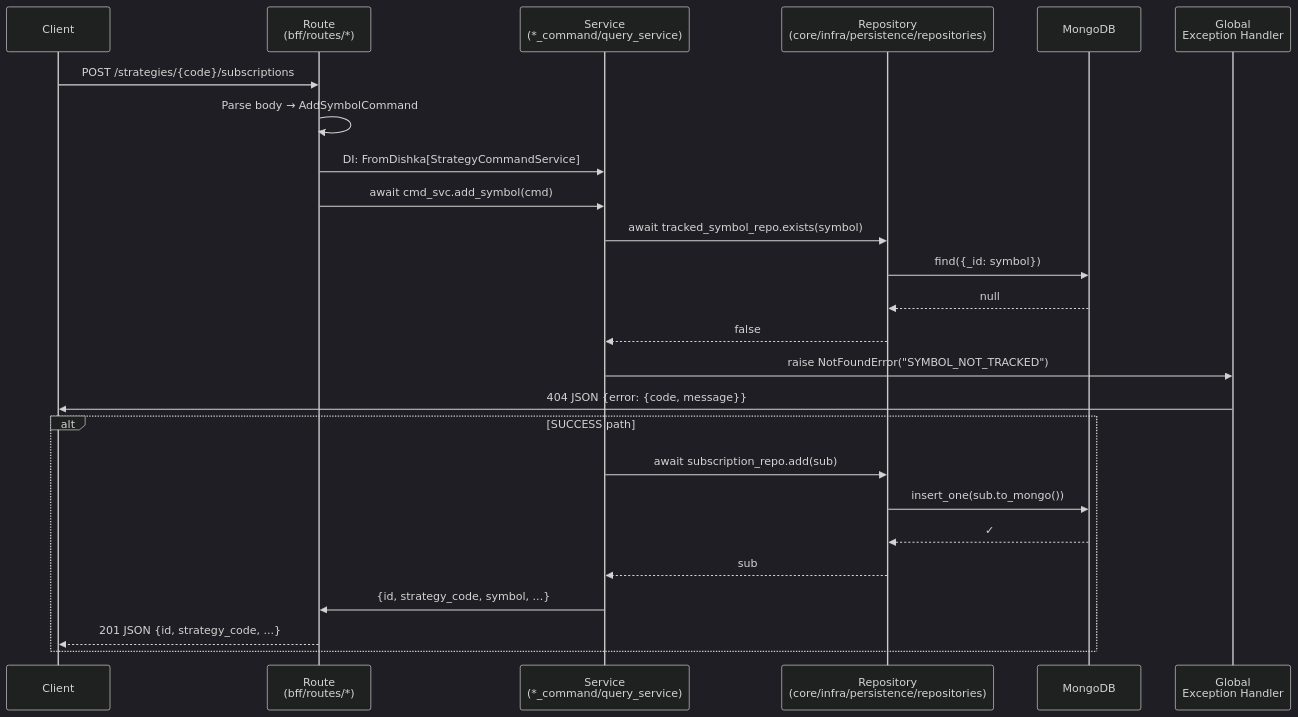
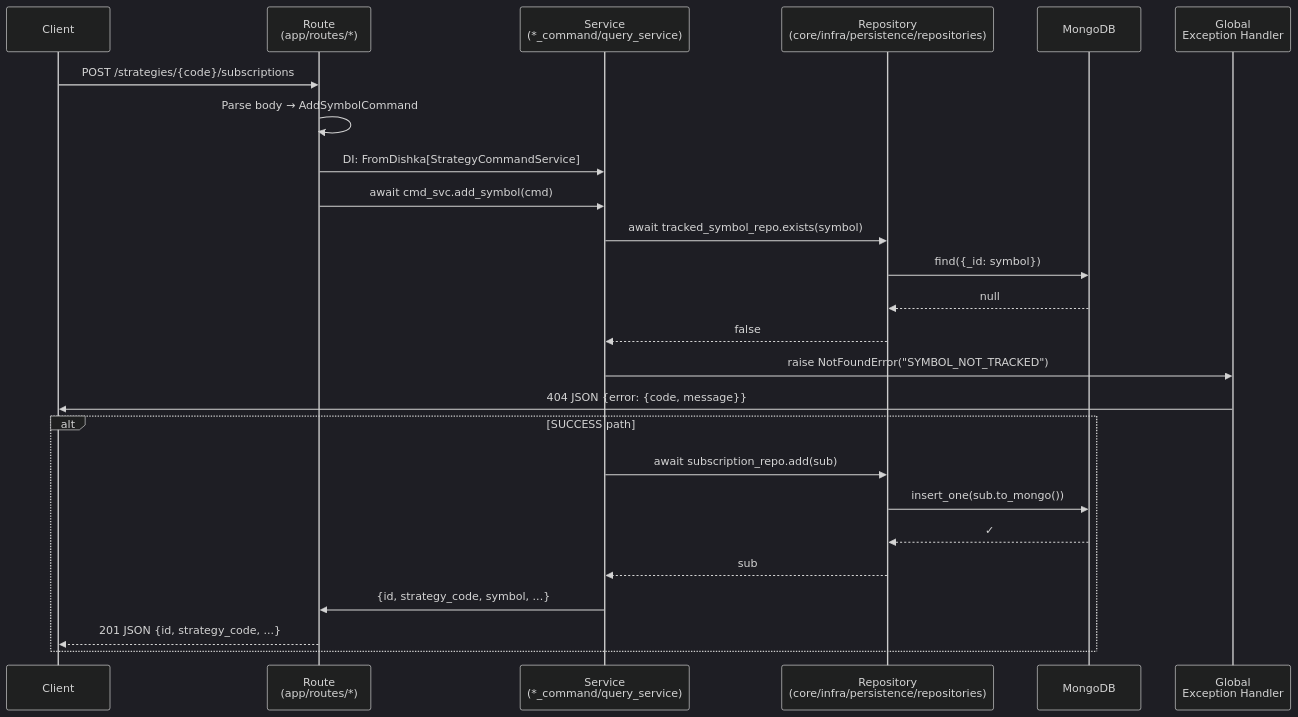
One commit to camping89/pocketquant changed the diagram in docs/service-and-route-conventions.md. Above: the diagram before and after it, drawn with Mermaid (dark theme). The commit also changed other lines of this file and 22 other files, not shown here.

````diff
--- a/docs/service-and-route-conventions.md
+++ b/docs/service-and-route-conventions.md
@@ -379,31 +379,31 @@
 ```mermaid
 sequenceDiagram
     participant C as Client
-    participant R as Route<br/>(bff/routes/*)
+    participant R as Route<br/>(app/routes/*)
     participant S as Service<br/>(*_command/query_service)
     participant Repo as Repository<br/>(core/infra/persistence/repositories)
     participant M as MongoDB
     participant H as Global<br/>Exception Handler
 
     C->>R: POST /strategies/{code}/subscriptions
     R->>R: Parse body → AddSymbolCommand
     R->>S: DI: FromDishka[StrategyCommandService]
     R->>S: await cmd_svc.add_symbol(cmd)
     
     S->>Repo: await tracked_symbol_repo.exists(symbol)
     Repo->>M: find({_id: symbol})
     M-->>Repo: null
     Repo-->>S: false
     
     S->>H: raise NotFoundError("SYMBOL_NOT_TRACKED")
     H->>C: 404 JSON {error: {code, message}}
     
     alt SUCCESS path
         S->>Repo: await subscription_repo.add(sub)
         Repo->>M: insert_one(sub.to_mongo())
         M-->>Repo: ✓
         Repo-->>S: sub
         S->>R: {id, strategy_code, symbol, ...}
         R-->>C: 201 JSON {id, strategy_code, ...}
     end
 ```
````
